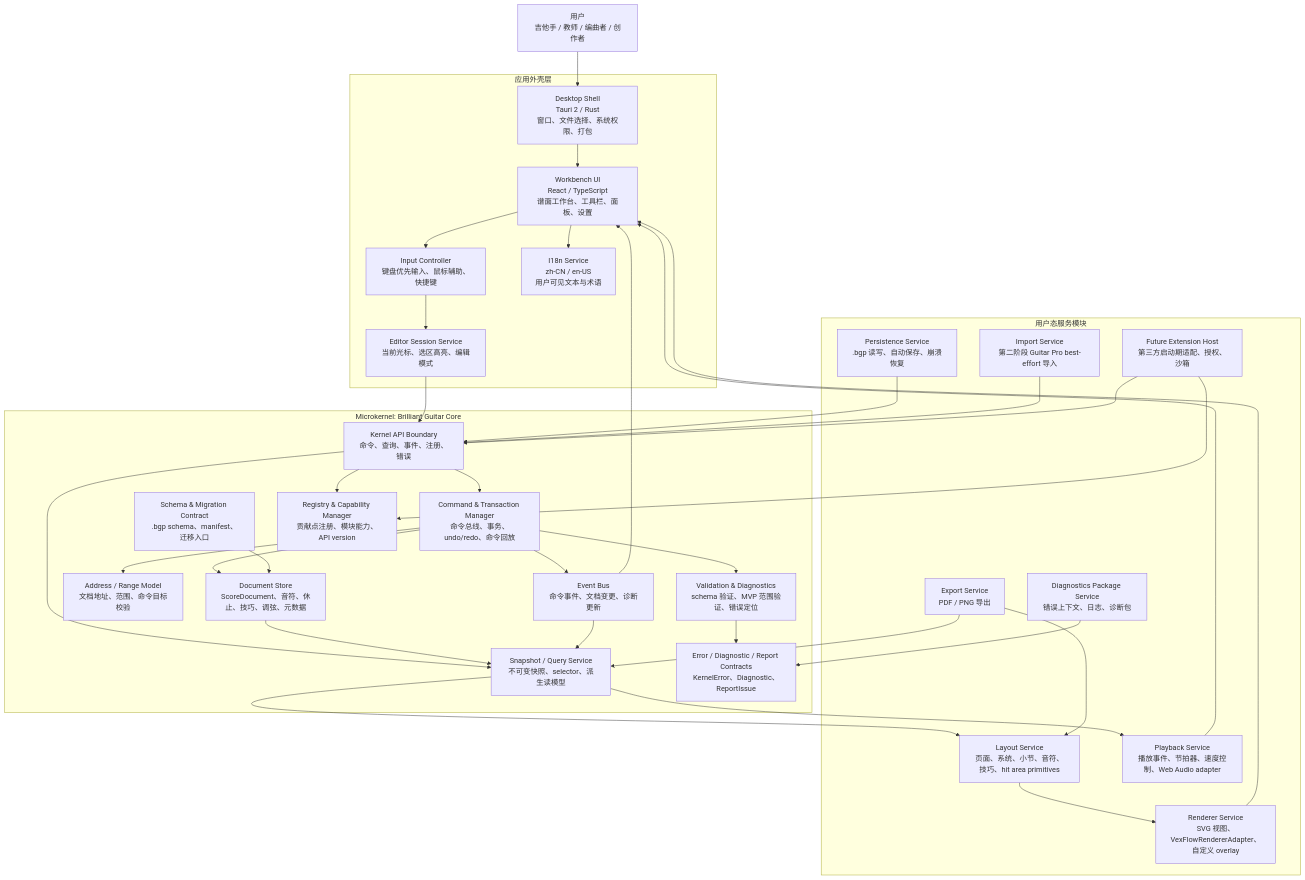
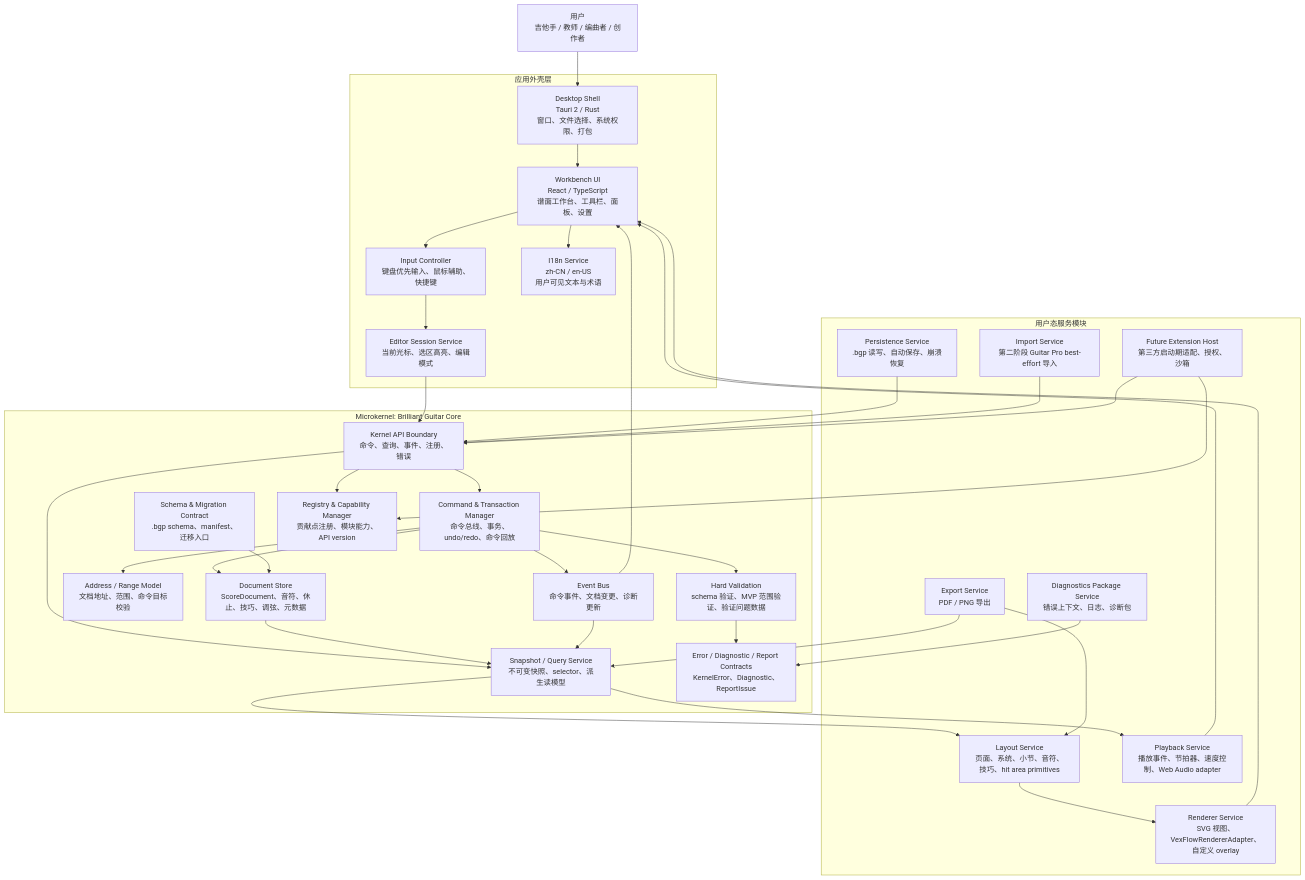
One commit to FFFAKKK/Brilliant-Guitar changed the first of 3 diagrams in .trellis/tasks/06-29-commercial-guitar-tablature-product/technical/microkernel-architecture.md. Above: the diagram before and after it, drawn with Mermaid. The commit also changed other lines of this file, not shown here.

Commit message:
docs: separate hard validation from diagnostics

````diff
--- a/.trellis/tasks/06-29-commercial-guitar-tablature-product/technical/microkernel-architecture.md
+++ b/.trellis/tasks/06-29-commercial-guitar-tablature-product/technical/microkernel-architecture.md
@@ -332,63 +332,63 @@
 ```mermaid
 flowchart TB
   User["用户\n吉他手 / 教师 / 编曲者 / 创作者"]
 
   subgraph App["应用外壳层"]
     Shell["Desktop Shell\nTauri 2 / Rust\n窗口、文件选择、系统权限、打包"]
     UI["Workbench UI\nReact / TypeScript\n谱面工作台、工具栏、面板、设置"]
     Input["Input Controller\n键盘优先输入、鼠标辅助、快捷键"]
     EditorSession["Editor Session Service\n当前光标、选区高亮、编辑模式"]
     I18n["I18n Service\nzh-CN / en-US\n用户可见文本与术语"]
   end
 
   subgraph Kernel["Microkernel: Brilliant Guitar Core"]
     API["Kernel API Boundary\n命令、查询、事件、注册、错误"]
     Cmd["Command & Transaction Manager\n命令总线、事务、undo/redo、命令回放"]
     Doc["Document Store\nScoreDocument、音符、休止、技巧、调弦、元数据"]
     Address["Address / Range Model\n文档地址、范围、命令目标校验"]
-    Validator["Validation & Diagnostics\nschema 验证、MVP 范围验证、错误定位"]
+    Validator["Hard Validation\nschema 验证、MVP 范围验证、验证问题数据"]
     Schema["Schema & Migration Contract\n.bgp schema、manifest、迁移入口"]
     Snapshot["Snapshot / Query Service\n不可变快照、selector、派生读模型"]
     Events["Event Bus\n命令事件、文档变更、诊断更新"]
     Registry["Registry & Capability Manager\n贡献点注册、模块能力、API version"]
     Reports["Error / Diagnostic / Report Contracts\nKernelError、Diagnostic、ReportIssue"]
   end
 
   subgraph Services["用户态服务模块"]
     Layout["Layout Service\n页面、系统、小节、音符、技巧、hit area primitives"]
     Renderer["Renderer Service\nSVG 视图、VexFlowRendererAdapter、自定义 overlay"]
     Playback["Playback Service\n播放事件、节拍器、速度控制、Web Audio adapter"]
     Persistence["Persistence Service\n.bgp 读写、自动保存、崩溃恢复"]
     Exporter["Export Service\nPDF / PNG 导出"]
     Importer["Import Service\n第二阶段 Guitar Pro best-effort 导入"]
     ExtHost["Future Extension Host\n第三方启动期适配、授权、沙箱"]
     DiagnosticsSvc["Diagnostics Package Service\n错误上下文、日志、诊断包"]
   end
 
   User --> Shell --> UI
   UI --> Input --> EditorSession --> API
   UI --> I18n
 
   API --> Cmd
   API --> Snapshot
   API --> Registry
   Cmd --> Address
   Cmd --> Validator
   Cmd --> Doc
   Cmd --> Events
   Doc --> Snapshot
   Schema --> Doc
   Validator --> Reports
   Events --> Snapshot
 
   Snapshot --> Layout --> Renderer --> UI
   Snapshot --> Playback --> UI
   Persistence --> API
   Exporter --> Snapshot
   Exporter --> Layout
   Importer --> API
   ExtHost --> Registry
   ExtHost --> API
   DiagnosticsSvc --> Reports
   Events --> UI
 ```
````
